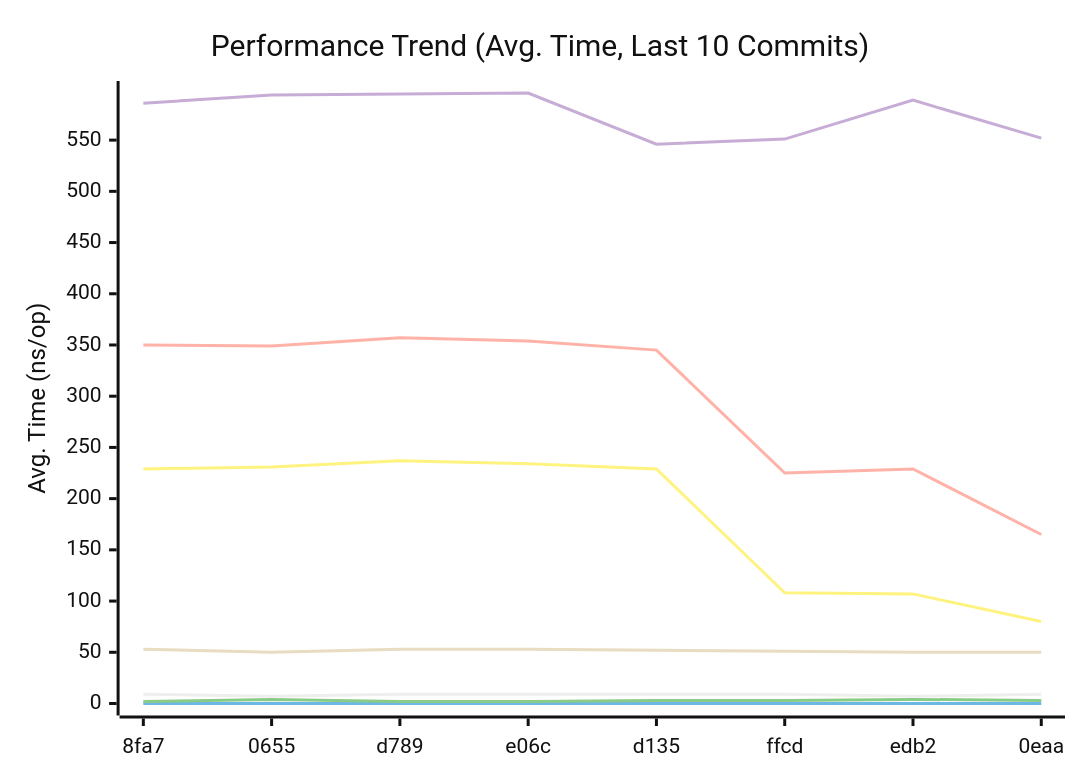
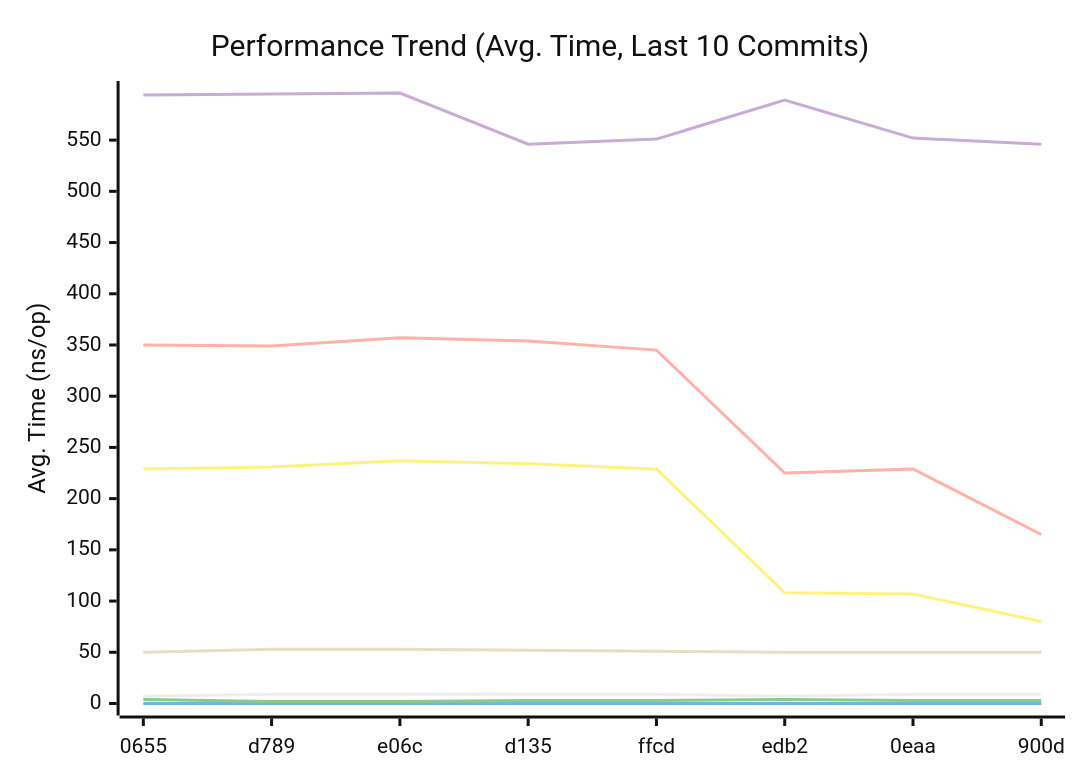
The first of 3 diagrams in docs/README.md (alsotoes/momo), drawn with Mermaid (neutral theme) before and after one commit. The commit also changed other lines of this file and 1 other file, not shown here.

````diff
--- a/docs/README.md
+++ b/docs/README.md
@@ -303,14 +303,14 @@
 ```mermaid
 xychart-beta
     title "Performance Trend (Avg. Time, Last 10 Commits)"
     x-axis "Commit"
     y-axis "Avg. Time (ns/op)"
-    x-axis [8fa7,0655,d789,e06c,d135,ffcd,edb2,0eaa]
-    line "CheckMetricsAndSwap" [9,7,9,9,9,9,7,9,9,7]
+    x-axis [0655,d789,e06c,d135,ffcd,edb2,0eaa,900d]
+    line "CheckMetricsAndSwap" [7,9,9,9,9,7,9,9,7,9]
     line "IndexDirectTracking" [0,0,0,0,0,0,0,0,0,0]
-    line "IndexSearch" [2,4,2,2,3,3,4,3,3,4]
-    line "LoadGlobalConfig" [586,594,595,596,546,551,589,552,546,588]
-    line "PadString" [53,50,53,53,52,51,50,50,50,50]
+    line "IndexSearch" [4,2,2,3,3,4,3,3,4,3]
+    line "LoadGlobalConfig" [594,595,596,546,551,589,552,546,588,544]
+    line "PadString" [50,53,53,52,51,50,50,50,50,50]
     line "ParseReplicationOrder_NoPrealloc" [350,349,357,354,345,225,229,165,232,234]
     line "ParseReplicationOrder_Prealloc" [229,231,237,234,229,108,107,80,110,109]
 ```
````
